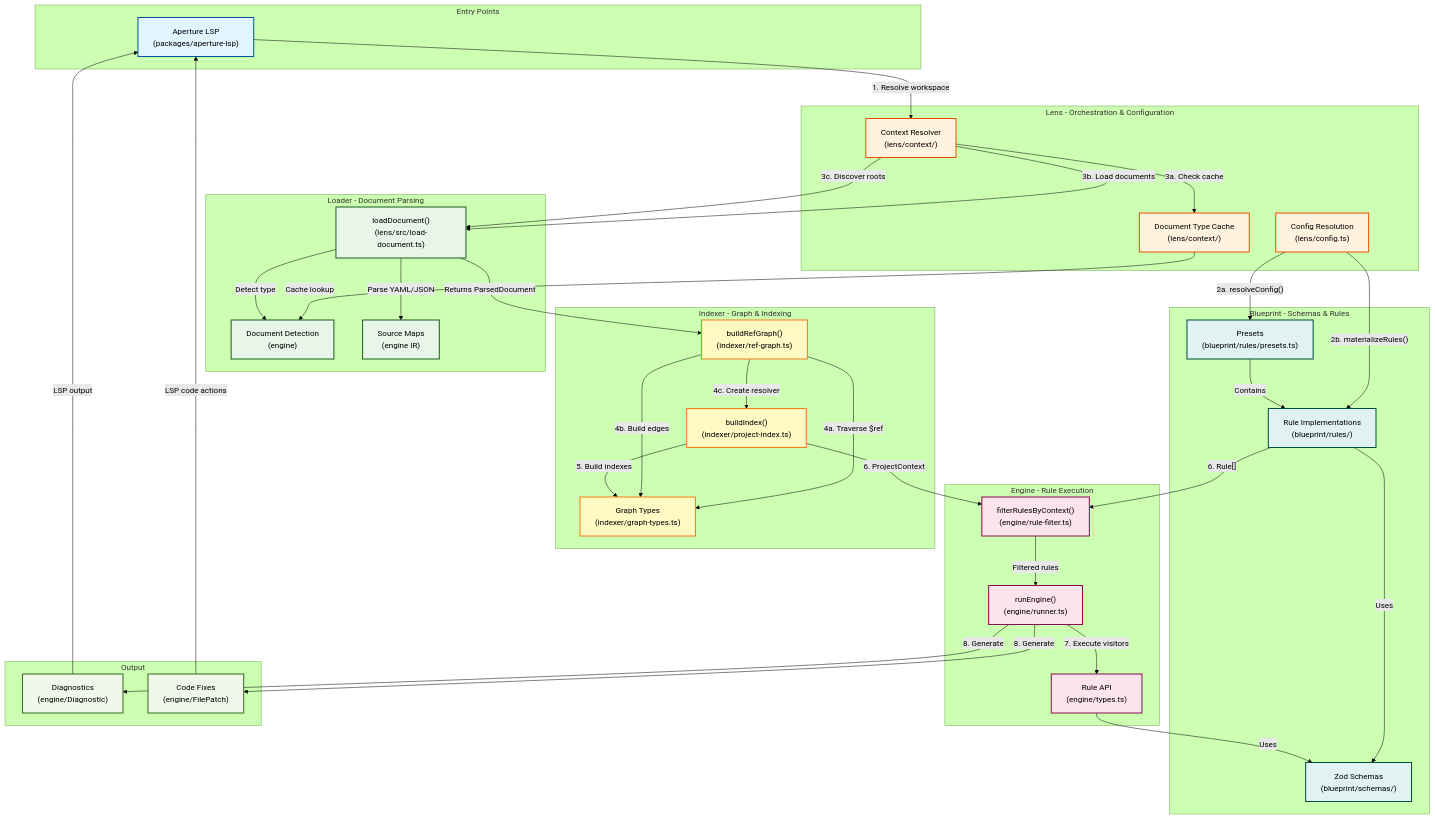
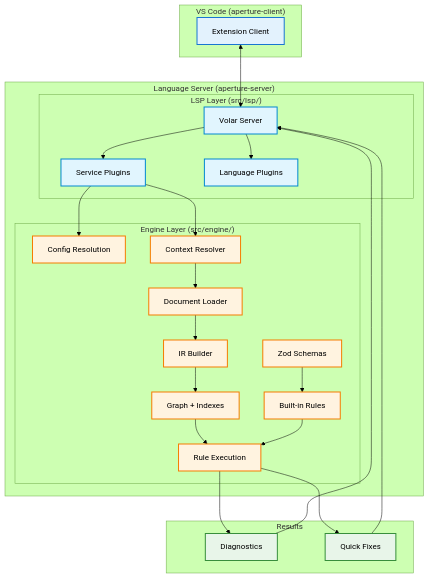
The first of 2 diagrams in ARCHITECTURE.md (sailpoint-oss/telescope), drawn with Mermaid (forest theme) before and after one commit. The commit also changed other lines of this file and 656 other files, not shown here.

````diff
--- a/ARCHITECTURE.md
+++ b/ARCHITECTURE.md
@@ -7,97 +44,58 @@
 ```mermaid
 flowchart TB
-    subgraph EntryPoints["Entry Points"]
-        Aperture["Aperture LSP<br/>(packages/aperture-lsp)"]
+    subgraph Client["VS Code (aperture-client)"]
+        Extension[Extension Client]
     end
 
-    subgraph LensLayer["Lens - Orchestration & Configuration"]
-        Config["Config Resolution<br/>(lens/config.ts)"]
-        ContextResolver["Context Resolver<br/>(lens/context/)"]
-        DocumentCache["Document Type Cache<br/>(lens/context/)"]
+    subgraph Server["Language Server (aperture-server)"]
+        subgraph LSP["LSP Layer (src/lsp/)"]
+            VolarServer["Volar Server"]
+            Services["Service Plugins"]
+            Languages["Language Plugins"]
+        end
+
+        subgraph Engine["Engine Layer (src/engine/)"]
+            Config["Config Resolution"]
+            Context["Context Resolver"]
+            Loader["Document Loader"]
+            IR["IR Builder"]
+            Indexes["Graph + Indexes"]
+            Execution["Rule Execution"]
+            Rules["Built-in Rules"]
+            Schemas["Zod Schemas"]
+        end
     end
 
-    subgraph LoaderLayer["Loader - Document Parsing"]
-        Loader["loadDocument()<br/>(lens/src/load-document.ts)"]
-        DocDetection["Document Detection<br/>(engine)"]
-        SourceMaps["Source Maps<br/>(engine IR)"]
+    subgraph Output["Results"]
+        Diagnostics["Diagnostics"]
+        Fixes["Quick Fixes"]
     end
 
-    subgraph IndexerLayer["Indexer - Graph & Indexing"]
-        RefGraph["buildRefGraph()<br/>(indexer/ref-graph.ts)"]
-        ProjectIndex["buildIndex()<br/>(indexer/project-index.ts)"]
-        GraphTypes["Graph Types<br/>(indexer/graph-types.ts)"]
-    end
+    Extension <--> VolarServer
+    VolarServer --> Services
+    VolarServer --> Languages
+    
+    Services --> Config
+    Services --> Context
+    Context --> Loader
+    Loader --> IR
+    IR --> Indexes
+    Indexes --> Execution
+    Rules --> Execution
+    Schemas --> Rules
+    
+    Execution --> Diagnostics
+    Execution --> Fixes
+    Diagnostics --> VolarServer
+    Fixes --> VolarServer
 
-    subgraph EngineLayer["Engine - Rule Execution"]
-        RuleFilter["filterRulesByContext()<br/>(engine/rule-filter.ts)"]
-        RuleRunner["runEngine()<br/>(engine/runner.ts)"]
-        RuleAPI["Rule API<br/>(engine/types.ts)"]
-    end
+    classDef client fill:#e3f2fd,stroke:#1976d2,stroke-width:2px
+    classDef lsp fill:#e1f5fe,stroke:#0288d1,stroke-width:2px
+    classDef engine fill:#fff3e0,stroke:#f57c00,stroke-width:2px
+    classDef output fill:#e8f5e9,stroke:#388e3c,stroke-width:2px
 
-    subgraph BlueprintLayer["Blueprint - Schemas & Rules"]
-        Schemas["Zod Schemas<br/>(blueprint/schemas/)"]
-        Rules["Rule Implementations<br/>(blueprint/rules/)"]
-        Presets["Presets<br/>(blueprint/rules/presets.ts)"]
-    end
-
-    subgraph Output["Output"]
-        Diagnostics["Diagnostics<br/>(engine/Diagnostic)"]
-        Fixes["Code Fixes<br/>(engine/FilePatch)"]
-    end
-
-    %% Entry point flows
-    Aperture -->|"1. Resolve workspace"| ContextResolver
-
-    %% Configuration flow
-    Config -->|"2a. resolveConfig()"| Presets
-    Config -->|"2b. materializeRules()"| Rules
-    Rules -->|"Uses"| Schemas
-    Presets -->|"Contains"| Rules
-
-    %% Context resolution flow
-    ContextResolver -->|"3a. Check cache"| DocumentCache
-    ContextResolver -->|"3b. Load documents"| Loader
-    ContextResolver -->|"3c. Discover roots"| Loader
-    DocumentCache -->|"Cache lookup"| DocDetection
-
-    %% Document loading flow
-    Loader -->|"Parse YAML/JSON"| SourceMaps
-    Loader -->|"Detect type"| DocDetection
-    Loader -->|"Returns ParsedDocument"| RefGraph
-
-    %% Graph building flow
-    RefGraph -->|"4a. Traverse $ref"| GraphTypes
-    RefGraph -->|"4b. Build edges"| GraphTypes
-    RefGraph -->|"4c. Create resolver"| ProjectIndex
-    ProjectIndex -->|"5. Build indexes"| GraphTypes
-
-    %% Engine execution flow
-    ProjectIndex -->|"6. ProjectContext"| RuleFilter
-    Rules -->|"6. Rule[]"| RuleFilter
-    RuleFilter -->|"Filtered rules"| RuleRunner
-    RuleRunner -->|"7. Execute visitors"| RuleAPI
-    RuleAPI -->|"Uses"| Schemas
-    RuleRunner -->|"8. Generate"| Diagnostics
-    RuleRunner -->|"8. Generate"| Fixes
-
-    %% Output flow
-    Diagnostics -->|"LSP output"| Aperture
-    Fixes -->|"LSP code actions"| Aperture
-
-    %% Styling
-    classDef entryPoint fill:#e1f5ff,stroke:#01579b,stroke-width:2px
-    classDef lens fill:#fff3e0,stroke:#e65100,stroke-width:2px
-    classDef loader fill:#e8f5e9,stroke:#1b5e20,stroke-width:2px
-    classDef indexer fill:#fff9c4,stroke:#f57f17,stroke-width:2px
-    classDef engine fill:#fce4ec,stroke:#880e4f,stroke-width:2px
-    classDef blueprint fill:#e0f2f1,stroke:#004d40,stroke-width:2px
-    classDef output fill:#f1f8e9,stroke:#33691e,stroke-width:2px
-
-    class Aperture entryPoint
-    class Config,ContextResolver,DocumentCache lens
-    class Loader,DocDetection,SourceMaps loader
-    class RefGraph,ProjectIndex,GraphTypes indexer
-    class RuleFilter,RuleRunner,RuleAPI engine
-    class Schemas,Rules,Presets blueprint
+    class Extension client
+    class VolarServer,Services,Languages lsp
+    class Config,Context,Loader,IR,Indexes,Execution,Rules,Schemas engine
     class Diagnostics,Fixes output
 ```
````
